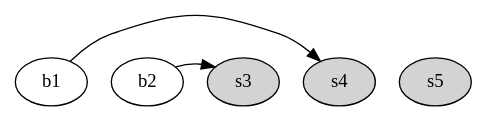
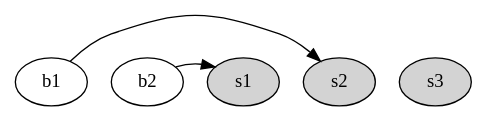
The sixth of 6 diagrams in editorial/editorial.md (twpca/nhspc-2022), drawn with Graphviz before and after one commit. The commit also changed other lines of this file, not shown here.

````diff
--- a/editorial/editorial.md
+++ b/editorial/editorial.md
@@ -140,13 +140,13 @@
 ```graphviz
 digraph {
   b1;
   b2;
+  s1 [style=filled];
+  s2 [style=filled];
   s3 [style=filled];
-  s4 [style=filled];
-  s5 [style=filled];
-  {rank=min; b1 -> b2 -> s3 -> s4 -> s5 [style="invis"]};
+  {rank=min; b1 -> b2 -> s1 -> s2 -> s3 [style="invis"]};
   
-  b1 -> s4;
-  b2 -> s3;
+  b1 -> s2;
+  b2 -> s1;
 }
 ```
````
